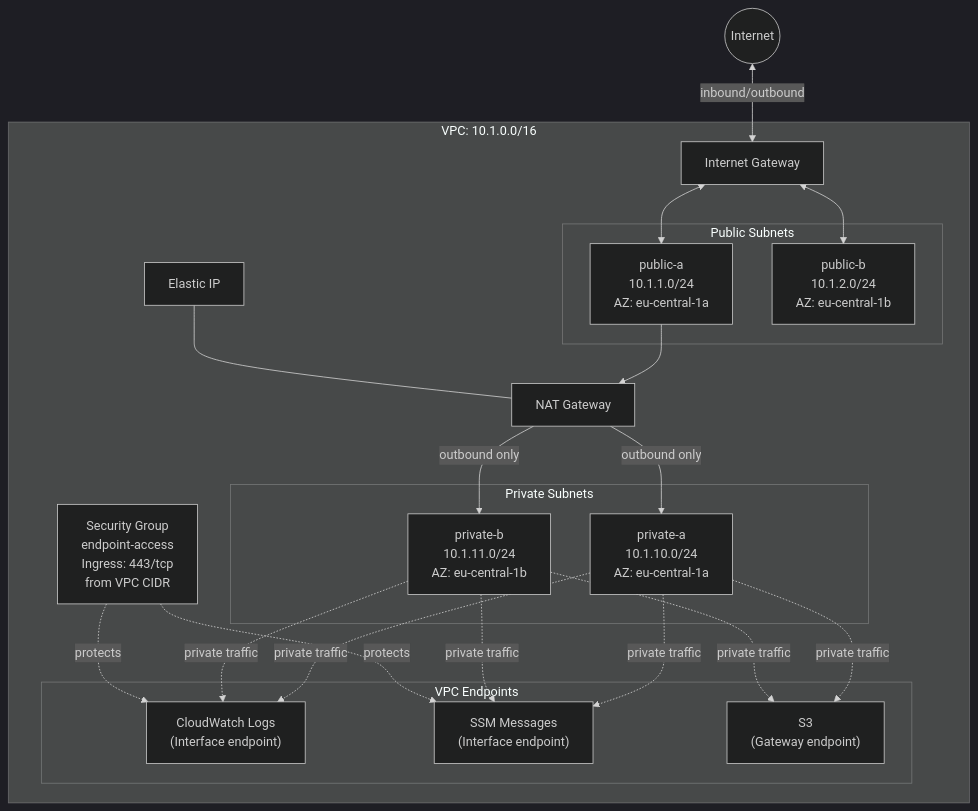
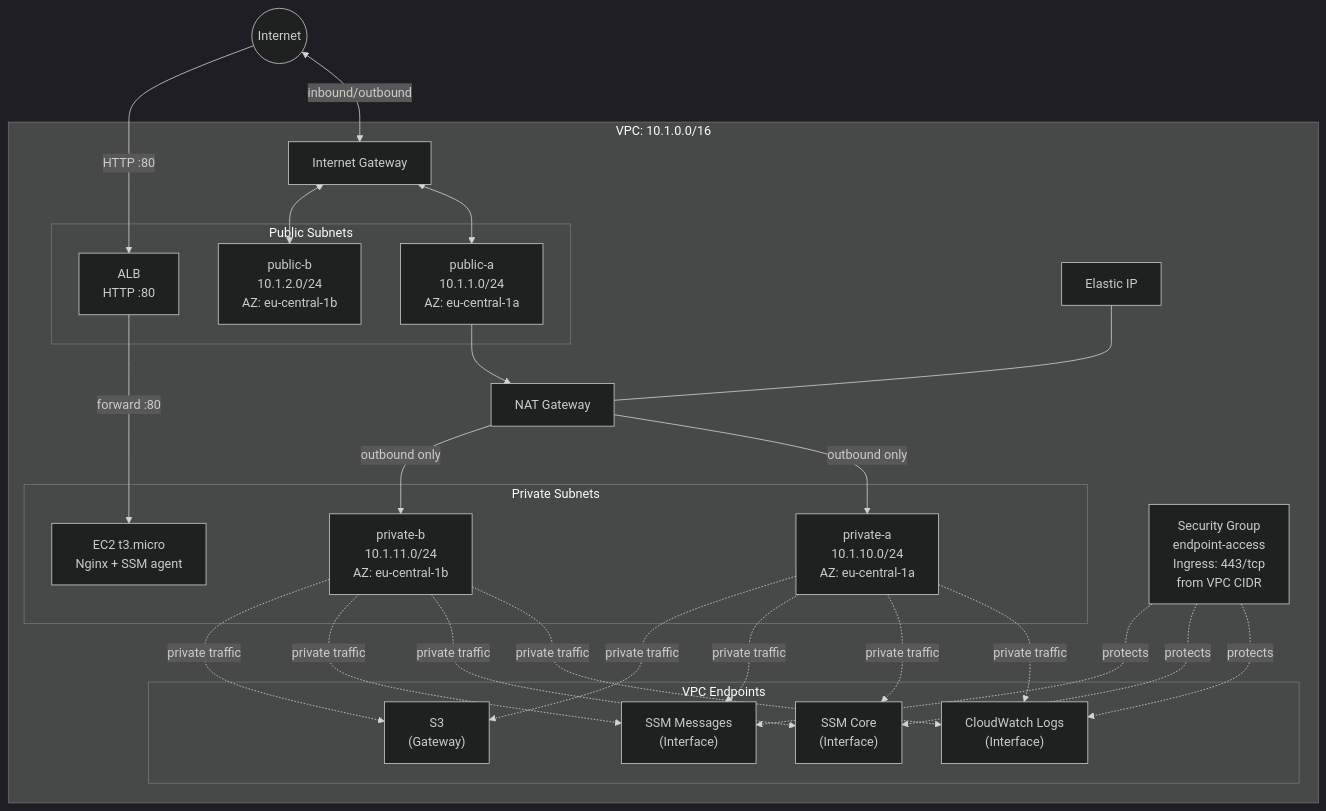
The fifth of 5 diagrams in docs/architecture.md (kse-bd8338bbe006/aws-env-setup), drawn with Mermaid (dark theme) before and after one commit. The commit also changed other lines of this file and 4 other files, not shown here.

````diff
--- a/docs/architecture.md
+++ b/docs/architecture.md
@@ -144,37 +149,42 @@
 ```mermaid
 graph TB
     Internet((Internet))
 
     subgraph VPC["VPC: 10.1.0.0/16"]
         IGW[Internet Gateway]
 
         subgraph PubSub["Public Subnets"]
             PubA["public-a<br/>10.1.1.0/24<br/>AZ: eu-central-1a"]
             PubB["public-b<br/>10.1.2.0/24<br/>AZ: eu-central-1b"]
+            ALB["ALB<br/>HTTP :80"]
         end
 
         EIP["Elastic IP"]
         NAT["NAT Gateway"]
 
         subgraph PrivSub["Private Subnets"]
             PrivA["private-a<br/>10.1.10.0/24<br/>AZ: eu-central-1a"]
             PrivB["private-b<br/>10.1.11.0/24<br/>AZ: eu-central-1b"]
+            EC2["EC2 t3.micro<br/>Nginx + SSM agent"]
         end
 
         subgraph EP["VPC Endpoints"]
-            CWEP["CloudWatch Logs<br/>(Interface endpoint)"]
-            SSMEP["SSM Messages<br/>(Interface endpoint)"]
-            S3EP["S3<br/>(Gateway endpoint)"]
+            CWEP["CloudWatch Logs<br/>(Interface)"]
+            SSMEP["SSM Core<br/>(Interface)"]
+            SSMMEP["SSM Messages<br/>(Interface)"]
+            S3EP["S3<br/>(Gateway)"]
         end
 
         SG["Security Group<br/>endpoint-access<br/>Ingress: 443/tcp<br/>from VPC CIDR"]
     end
 
     Internet <-->|inbound/outbound| IGW
     IGW <--> PubA & PubB
+    Internet -->|HTTP :80| ALB
+    ALB -->|forward :80| EC2
     PubA --> NAT
     EIP --- NAT
     NAT -->|outbound only| PrivA & PrivB
-    PrivA & PrivB -.->|private traffic| CWEP & SSMEP & S3EP
-    SG -.->|protects| CWEP & SSMEP
+    PrivA & PrivB -.->|private traffic| CWEP & SSMEP & SSMMEP & S3EP
+    SG -.->|protects| CWEP & SSMEP & SSMMEP
 ```
````
